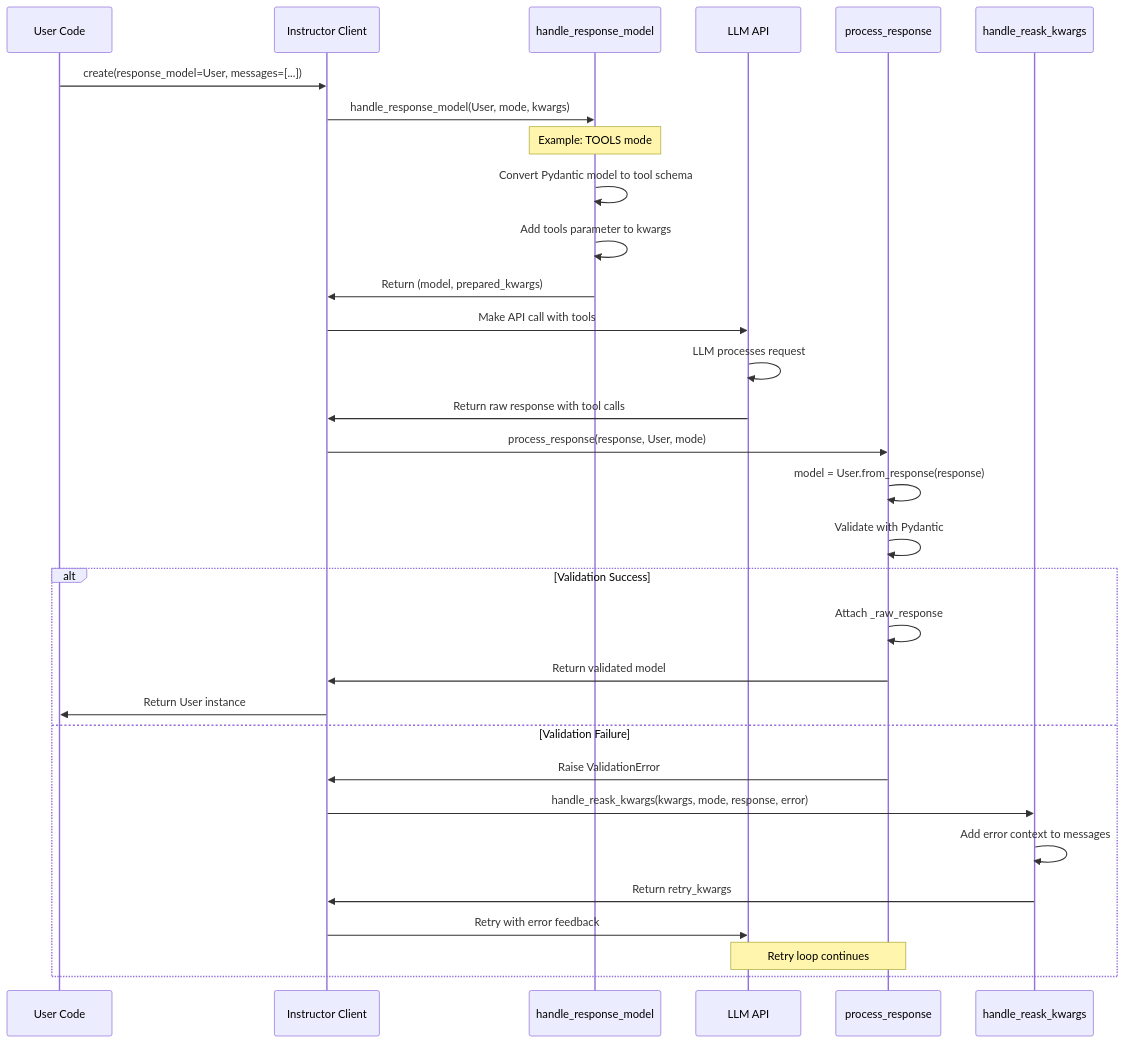
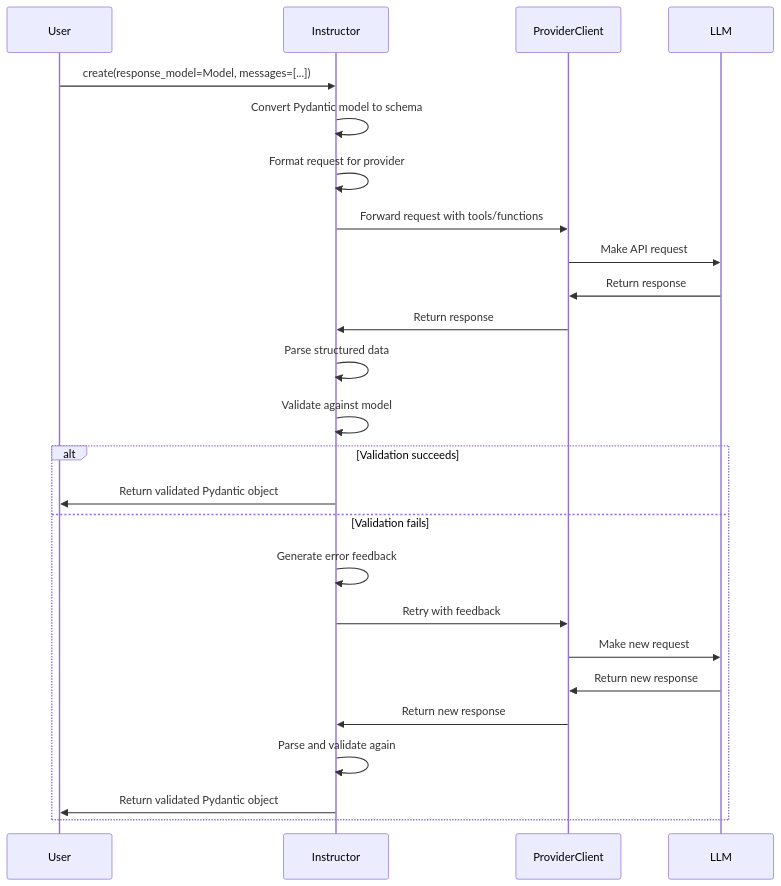
The second of 2 diagrams in docs/architecture.md (Trellis-insights/instructor), drawn with Mermaid before and after one commit. The commit also changed other lines of this file and 422 other files, not shown here.

````diff
--- a/docs/architecture.md
+++ b/docs/architecture.md
@@ -146,40 +44,29 @@
 ```mermaid
 sequenceDiagram
-    participant User as User Code
-    participant Client as Instructor Client
-    participant HandleModel as handle_response_model
-    participant API as LLM API
-    participant ProcessResp as process_response
-    participant Reask as handle_reask_kwargs
+    participant User
+    participant Instructor
+    participant ProviderClient
+    participant LLM
+
+    User->>Instructor: create(response_model=Model, messages=[...])
+    Instructor->>Instructor: Convert Pydantic model to schema
+    Instructor->>Instructor: Format request for provider
+    Instructor->>ProviderClient: Forward request with tools/functions
+    ProviderClient->>LLM: Make API request
+    LLM->>ProviderClient: Return response
+    ProviderClient->>Instructor: Return response
+    Instructor->>Instructor: Parse structured data
+    Instructor->>Instructor: Validate against model
     
-    %% Request Phase
-    User->>Client: create(response_model=User, messages=[...])
-    Client->>HandleModel: handle_response_model(User, mode, kwargs)
-    
-    Note over HandleModel: Example: TOOLS mode
-    HandleModel->>HandleModel: Convert Pydantic model to tool schema
-    HandleModel->>HandleModel: Add tools parameter to kwargs
-    
-    HandleModel->>Client: Return (model, prepared_kwargs)
-    Client->>API: Make API call with tools
-    API->>API: LLM processes request
-    API->>Client: Return raw response with tool calls
-    
-    %% Response Processing Phase
-    Client->>ProcessResp: process_response(response, User, mode)
-    ProcessResp->>ProcessResp: model = User.from_response(response)
-    ProcessResp->>ProcessResp: Validate with Pydantic
-    
-    alt Validation Success
-        ProcessResp->>ProcessResp: Attach _raw_response
-        ProcessResp->>Client: Return validated model
-        Client->>User: Return User instance
-    else Validation Failure
-        ProcessResp->>Client: Raise ValidationError
-        Client->>Reask: handle_reask_kwargs(kwargs, mode, response, error)
-        Reask->>Reask: Add error context to messages
-        Reask->>Client: Return retry_kwargs
-        Client->>API: Retry with error feedback
-        Note over API,ProcessResp: Retry loop continues
+    alt Validation succeeds
+        Instructor->>User: Return validated Pydantic object
+    else Validation fails
+        Instructor->>Instructor: Generate error feedback
+        Instructor->>ProviderClient: Retry with feedback
+        ProviderClient->>LLM: Make new request
+        LLM->>ProviderClient: Return new response
+        ProviderClient->>Instructor: Return new response
+        Instructor->>Instructor: Parse and validate again
+        Instructor->>User: Return validated Pydantic object
     end
 ```
````
